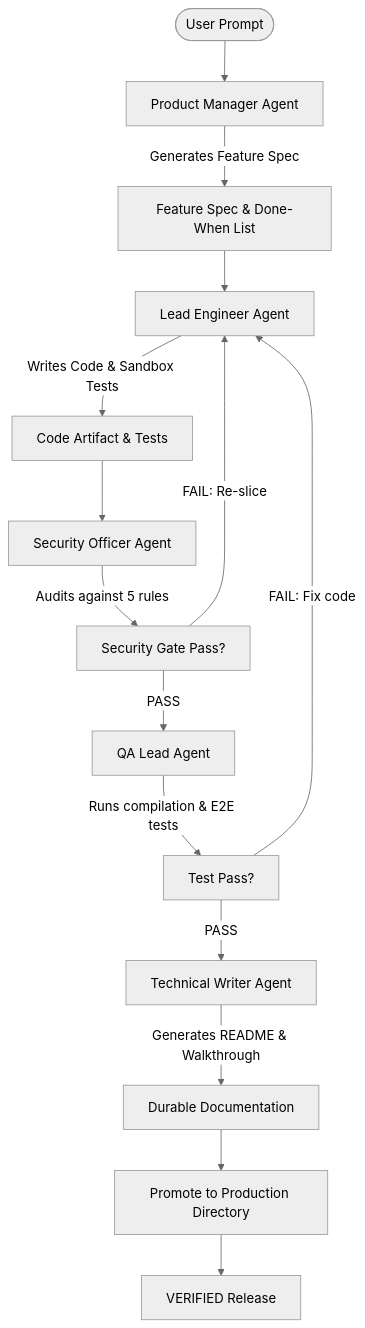
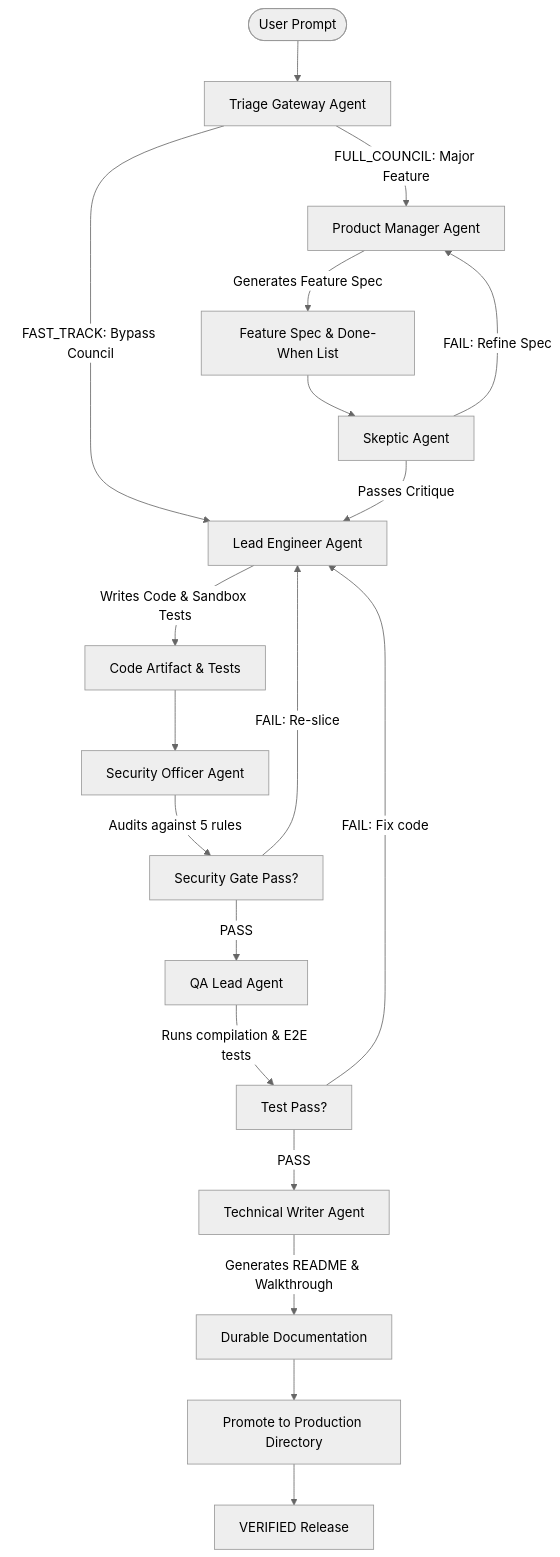
One commit to Royfinnest254/Vibe-Coding-pro-version changed the first of 6 diagrams in README.md. Above: the diagram before and after it, drawn with Mermaid (neutral theme). The commit also changed other lines of this file and 3 other files, not shown here.

````diff
--- a/README.md
+++ b/README.md
@@ -11,17 +11,21 @@
 ```mermaid
 graph TD
-    User([User Prompt]) --> PM[Product Manager Agent]
+    User([User Prompt]) --> TG[Triage Gateway Agent]
+    TG -->|FAST_TRACK: Bypass Council| ENG[Lead Engineer Agent]
+    TG -->|FULL_COUNCIL: Major Feature| PM[Product Manager Agent]
     PM -->|Generates Feature Spec| Spec[Feature Spec & Done-When List]
-    Spec --> ENG[Lead Engineer Agent]
+    Spec --> SKE[Skeptic Agent]
+    SKE -->|Passes Critique| ENG
+    SKE -->|FAIL: Refine Spec| PM
     ENG -->|Writes Code & Sandbox Tests| CODE[Code Artifact & Tests]
     CODE --> SEC[Security Officer Agent]
     SEC -->|Audits against 5 rules| SEC_G[Security Gate Pass?]
     SEC_G -->|FAIL: Re-slice| ENG
     SEC_G -->|PASS| QA[QA Lead Agent]
     QA -->|Runs compilation & E2E tests| QA_G[Test Pass?]
     QA_G -->|FAIL: Fix code| ENG
     QA_G -->|PASS| TW[Technical Writer Agent]
     TW -->|Generates README & Walkthrough| DOCS[Durable Documentation]
     DOCS --> Promote[Promote to Production Directory]
     Promote --> Live[VERIFIED Release]
 ```
````
